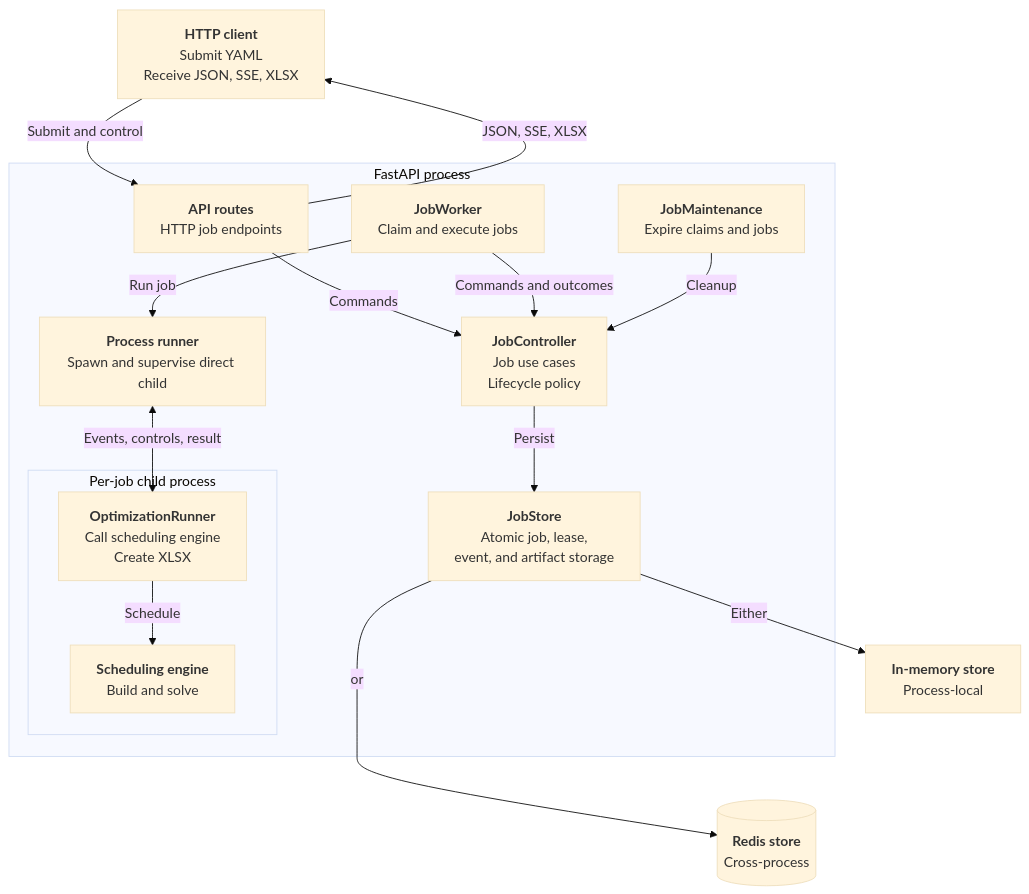
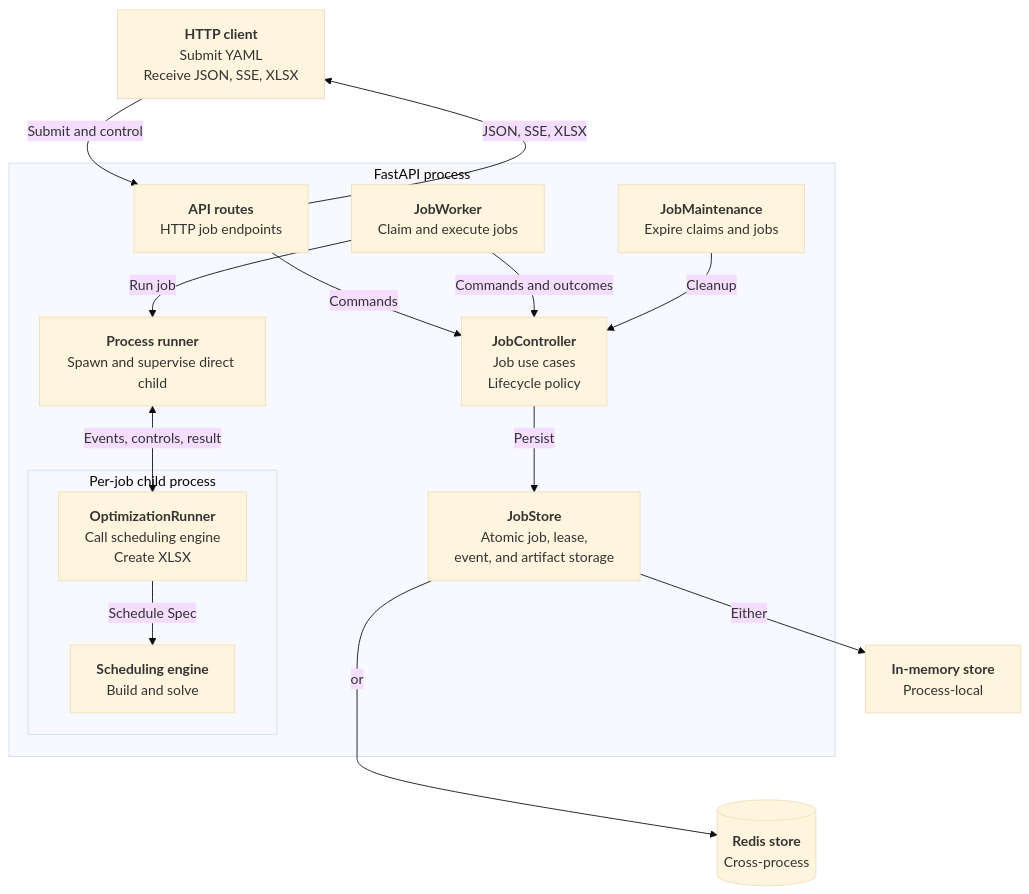
The first of 2 diagrams in docs/content/developer-guide/backend-server.md (j3soon/nurse-scheduling), drawn with Mermaid (base theme) before and after one commit. The commit also changed other lines of this file and 75 other files, not shown here.

````diff
--- a/docs/content/developer-guide/backend-server.md
+++ b/docs/content/developer-guide/backend-server.md
@@ -40,34 +40,34 @@
 ```mermaid
 flowchart TB
     Client[<b>HTTP client</b><br/>Submit YAML<br/>Receive JSON, SSE, XLSX]
 
     subgraph Process[FastAPI process]
         API[<b>API routes</b><br/>HTTP job endpoints]
         Controller[<b>JobController</b><br/>Job use cases<br/>Lifecycle policy]
         Worker[<b>JobWorker</b><br/>Claim and execute jobs]
         Executor[<b>Process runner</b><br/>Spawn and supervise direct child]
         Store[<b>JobStore</b><br/>Atomic job, lease,<br/>event, and artifact storage]
         Maintenance[<b>JobMaintenance</b><br/>Expire claims and jobs]
 
         subgraph Child[Per-job child process]
             Runner[<b>OptimizationRunner</b><br/>Call scheduling engine<br/>Create XLSX]
             Engine[<b>Scheduling engine</b><br/>Build and solve]
         end
     end
 
     Memory[<b>In-memory store</b><br/>Process-local]
     Redis[(<b>Redis store</b><br/>Cross-process)]
 
     Client -->|Submit and control| API
     API -->|JSON, SSE, XLSX| Client
     API -->|Commands| Controller
     Worker -->|Commands and outcomes| Controller
     Worker -->|Run job| Executor
     Executor <-->|Events, controls, result| Runner
-    Runner -->|Schedule| Engine
+    Runner -->|Schedule Spec| Engine
     Controller -->|Persist| Store
     Maintenance -->|Cleanup| Controller
     Store -->|Either| Memory
     Store -->|or| Redis
     Memory ~~~ Redis
 ```
````
